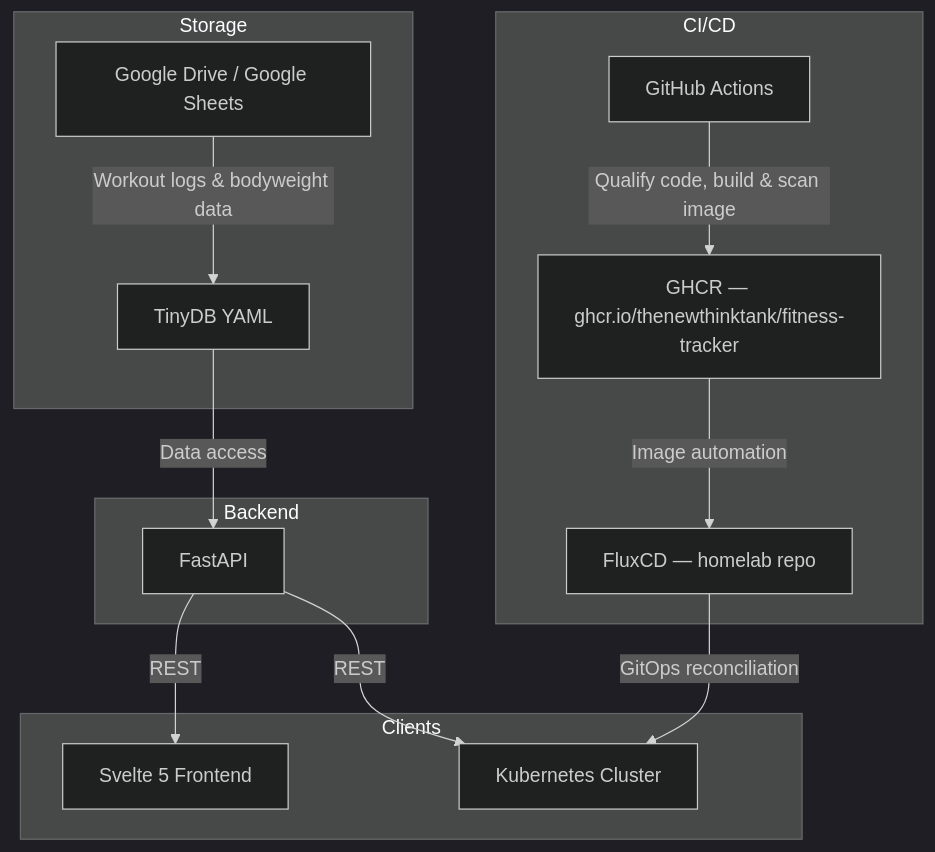
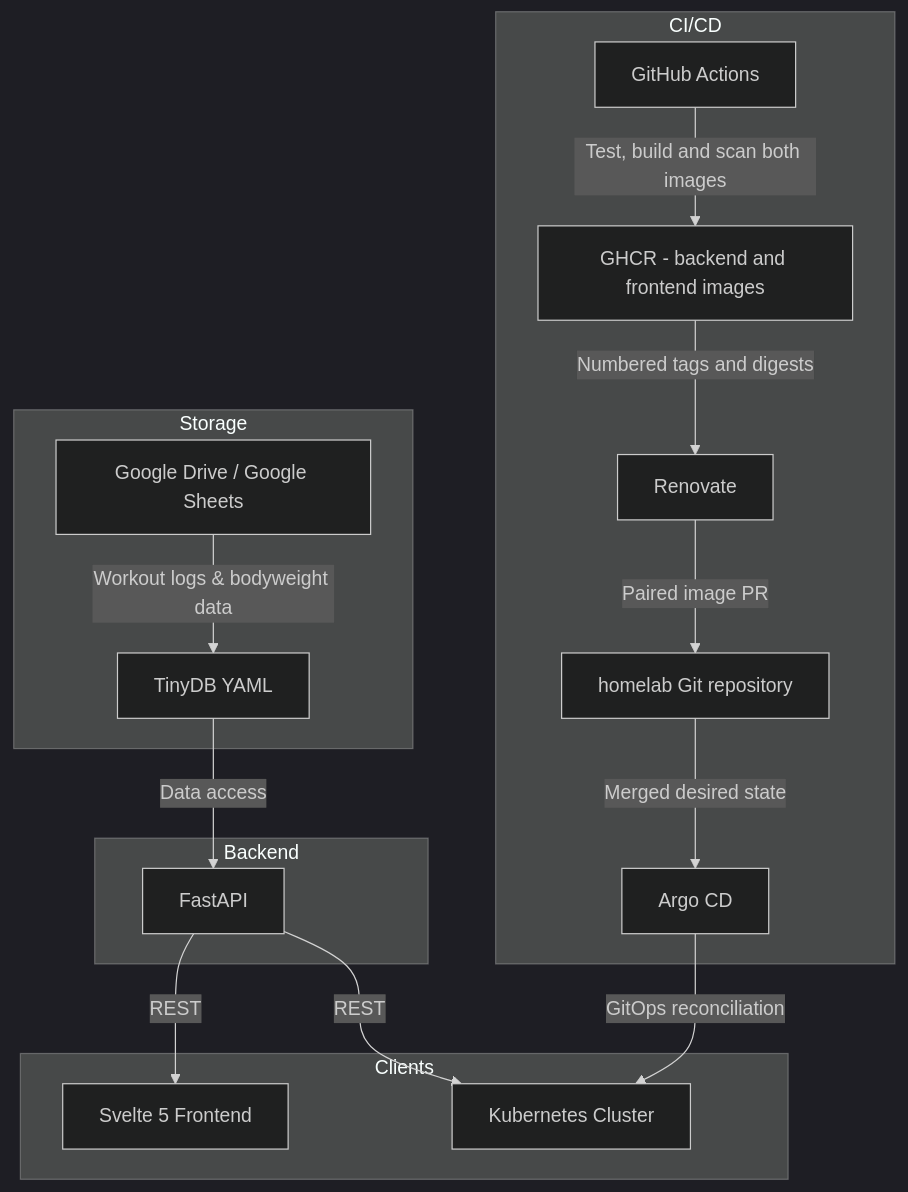
One commit to TheNewThinkTank/fitness-tracker changed the diagram in docs/project_docs/architecture/architecture.md. Above: the diagram before and after it, drawn with Mermaid (dark theme). The commit also changed other lines of this file and 5 other files, not shown here.

Commit message:
feat: publish paired image releases for PN51 GitOps (#96)

````diff
--- a/docs/project_docs/architecture/architecture.md
+++ b/docs/project_docs/architecture/architecture.md
@@ -8,30 +9,34 @@
 ```mermaid
 graph TD
     GD[Google Drive / Google Sheets] -->|Workout logs & bodyweight data| TDB[TinyDB YAML]
     TDB -->|Data access| API[FastAPI]
     API -->|REST| FE[Svelte 5 Frontend]
     API -->|REST| K8S[Kubernetes Cluster]
 
     subgraph Storage
         GD
         TDB
     end
 
     subgraph Backend
         API
     end
 
     subgraph Clients
         FE
         K8S
     end
 
     subgraph CI_CD [CI/CD]
         GHA[GitHub Actions]
-        GHCR[GHCR — ghcr.io/thenewthinktank/fitness-tracker]
-        FLUX[FluxCD — homelab repo]
-        GHA -->|Qualify code, build & scan image| GHCR
-        GHCR -->|Image automation| FLUX
-        FLUX -->|GitOps reconciliation| K8S
+        GHCR[GHCR - backend and frontend images]
+        RNV[Renovate]
+        GIT[homelab Git repository]
+        ARGO[Argo CD]
+        GHA -->|Test, build and scan both images| GHCR
+        GHCR -->|Numbered tags and digests| RNV
+        RNV -->|Paired image PR| GIT
+        GIT -->|Merged desired state| ARGO
+        ARGO -->|GitOps reconciliation| K8S
     end
 ```
````
